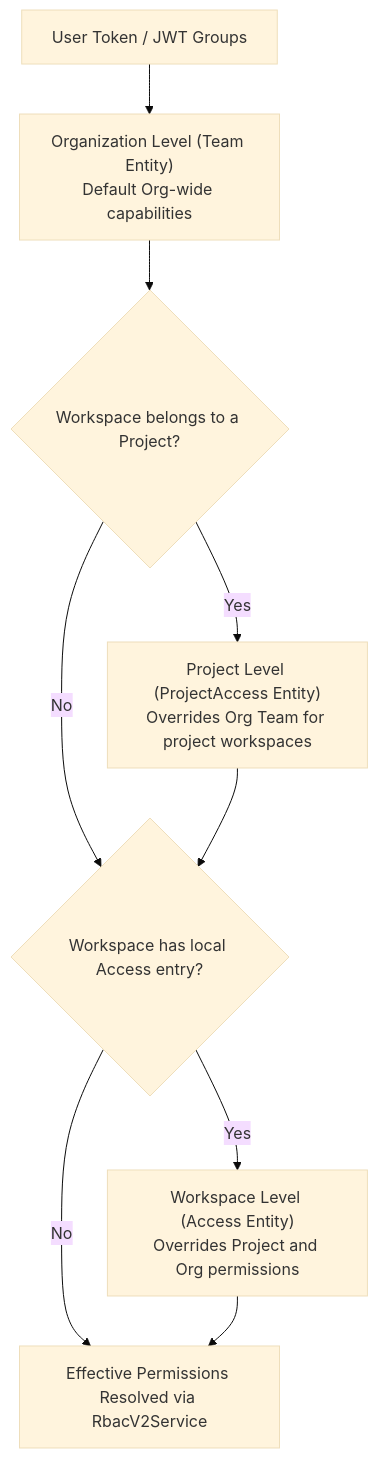
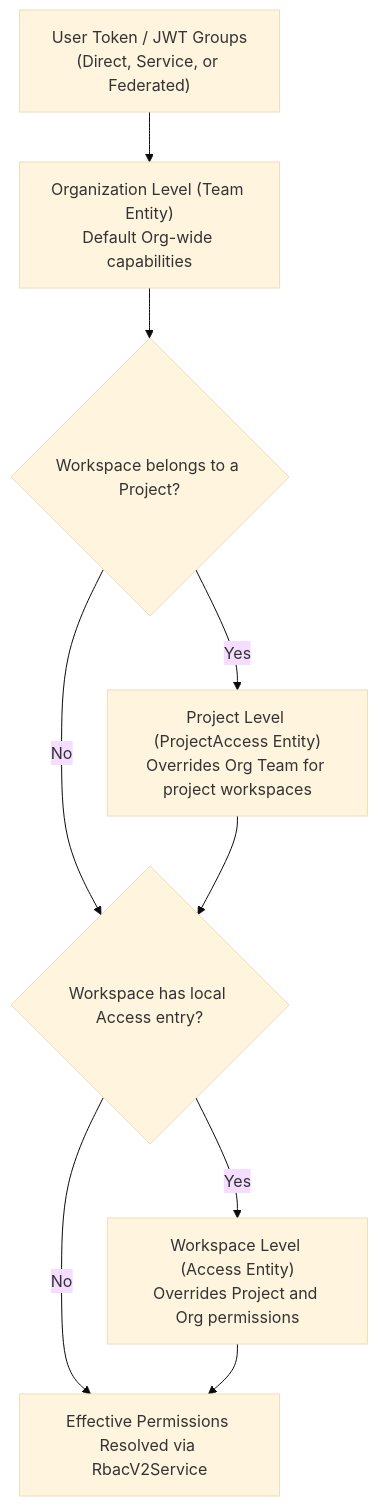
The diagram in skills/terrakube-rbac-permissions/SKILL.md (terrakube-io/.agents), drawn with Mermaid (base theme) before and after one commit. The commit also changed other lines of this file, not shown here.

````diff
--- a/skills/terrakube-rbac-permissions/SKILL.md
+++ b/skills/terrakube-rbac-permissions/SKILL.md
@@ -20,11 +20,11 @@
 ```mermaid
 flowchart TD
-    User["User Token / JWT Groups"] --> OrgTeam["Organization Level (Team Entity)\nDefault Org-wide capabilities"]
+    User["User Token / JWT Groups\n(Direct, Service, or Federated)"] --> OrgTeam["Organization Level (Team Entity)\nDefault Org-wide capabilities"]
     OrgTeam --> ProjectScope{"Workspace belongs to a Project?"}
     ProjectScope -->|Yes| ProjAccess["Project Level (ProjectAccess Entity)\nOverrides Org Team for project workspaces"]
     ProjectScope -->|No| CheckWsAccess
     ProjAccess --> CheckWsAccess{"Workspace has local Access entry?"}
     CheckWsAccess -->|Yes| WsAccess["Workspace Level (Access Entity)\nOverrides Project and Org permissions"]
     CheckWsAccess -->|No| Resolved["Effective Permissions Resolved via RbacV2Service"]
     WsAccess --> Resolved
 ```
````
